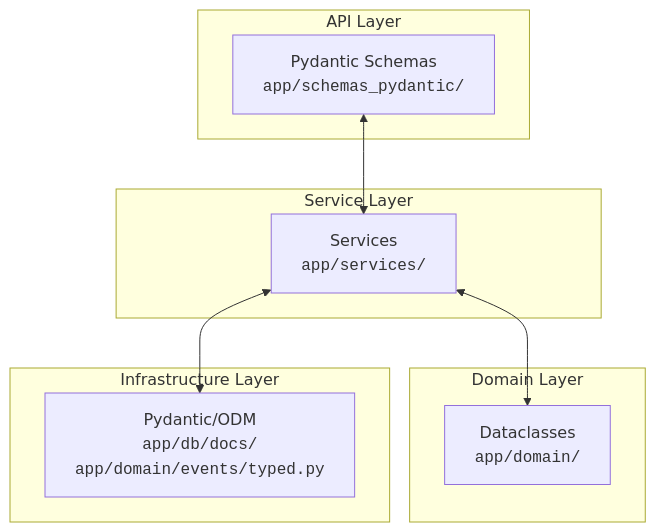
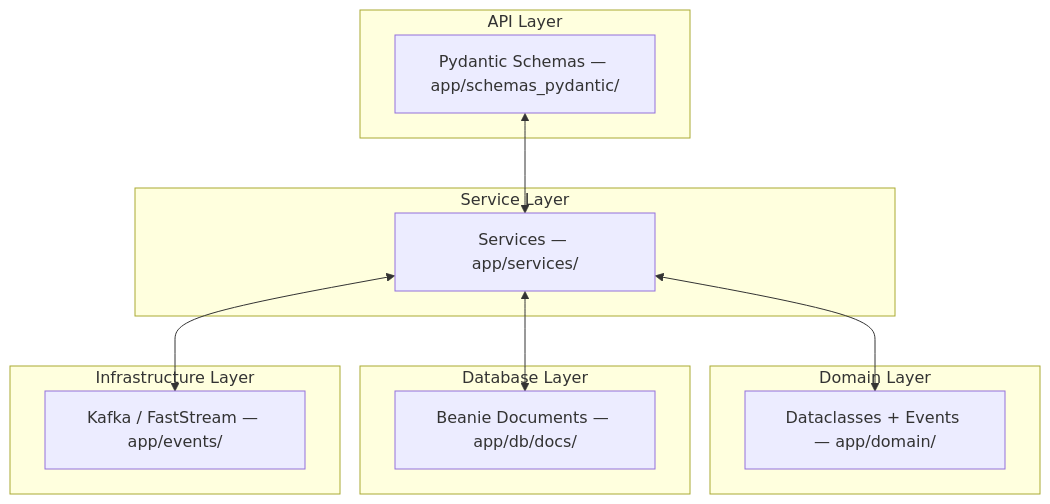
Before and after one commit to HardMax71/Integr8sCode: the diagram in docs/architecture/model-conversion.md, drawn with Mermaid. The commit also changed other lines of this file and 68 other files, not shown here.

First line of the commit message:
docs: updated (removed event bus, pdantic -> domain dataclasses, ..) (#181)

````diff
--- a/docs/architecture/model-conversion.md
+++ b/docs/architecture/model-conversion.md
@@ -13,22 +13,33 @@
 ```mermaid
 graph TB
     subgraph "API Layer"
-        API["Pydantic Schemas<br/><code>app/schemas_pydantic/</code>"]
+        API["Pydantic Schemas — app/schemas_pydantic/"]
     end
 
     subgraph "Service Layer"
-        SVC["Services<br/><code>app/services/</code>"]
+        SVC["Services — app/services/"]
     end
 
     subgraph "Domain Layer"
-        DOM["Dataclasses<br/><code>app/domain/</code>"]
+        DOM["Dataclasses + Events — app/domain/"]
+    end
+
+    subgraph "Database Layer"
+        DB["Beanie Documents — app/db/docs/"]
     end
 
     subgraph "Infrastructure Layer"
-        INF["Pydantic/ODM<br/><code>app/db/docs/</code><br/><code>app/domain/events/typed.py</code>"]
+        INF["Kafka / FastStream — app/events/"]
     end
 
     API <--> SVC
     SVC <--> DOM
+    SVC <--> DB
     SVC <--> INF
+
+    click API "https://github.com/HardMax71/Integr8sCode/tree/main/backend/app/schemas_pydantic" "Pydantic request/response schemas"
+    click SVC "https://github.com/HardMax71/Integr8sCode/tree/main/backend/app/services" "Business logic services"
+    click DOM "https://github.com/HardMax71/Integr8sCode/tree/main/backend/app/domain" "Domain models and events"
+    click DB "https://github.com/HardMax71/Integr8sCode/tree/main/backend/app/db/docs" "Beanie ODM documents"
+    click INF "https://github.com/HardMax71/Integr8sCode/tree/main/backend/app/events" "Kafka producers and consumers"
 ```
````
